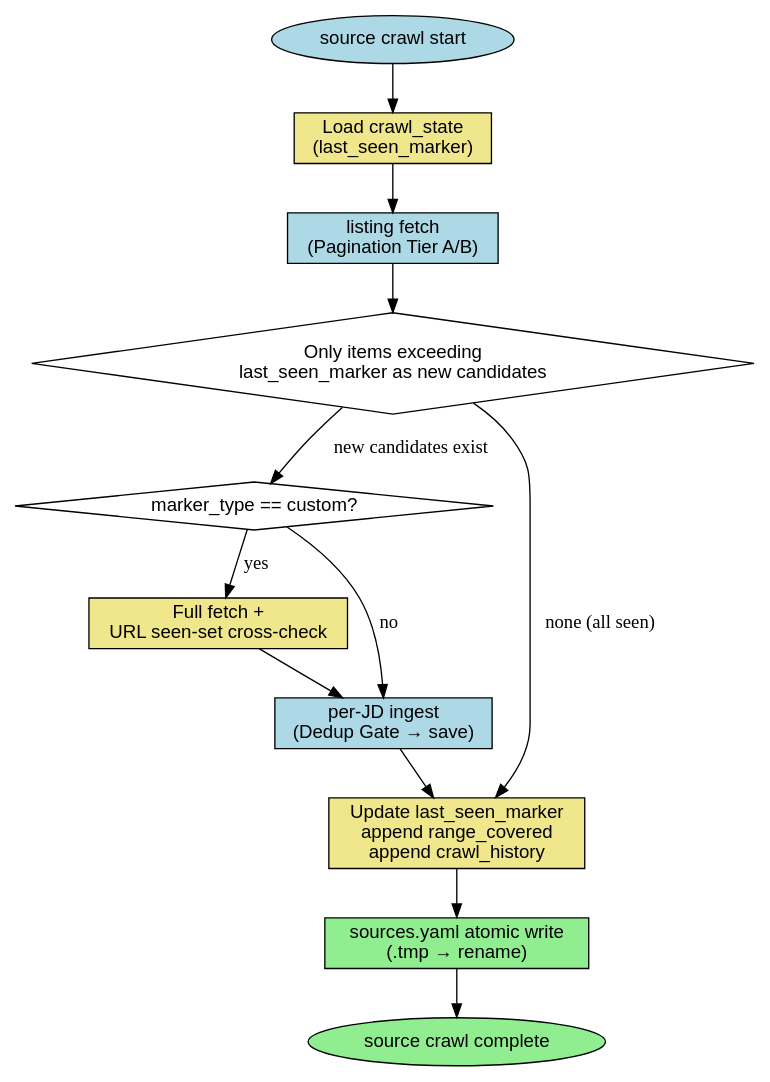
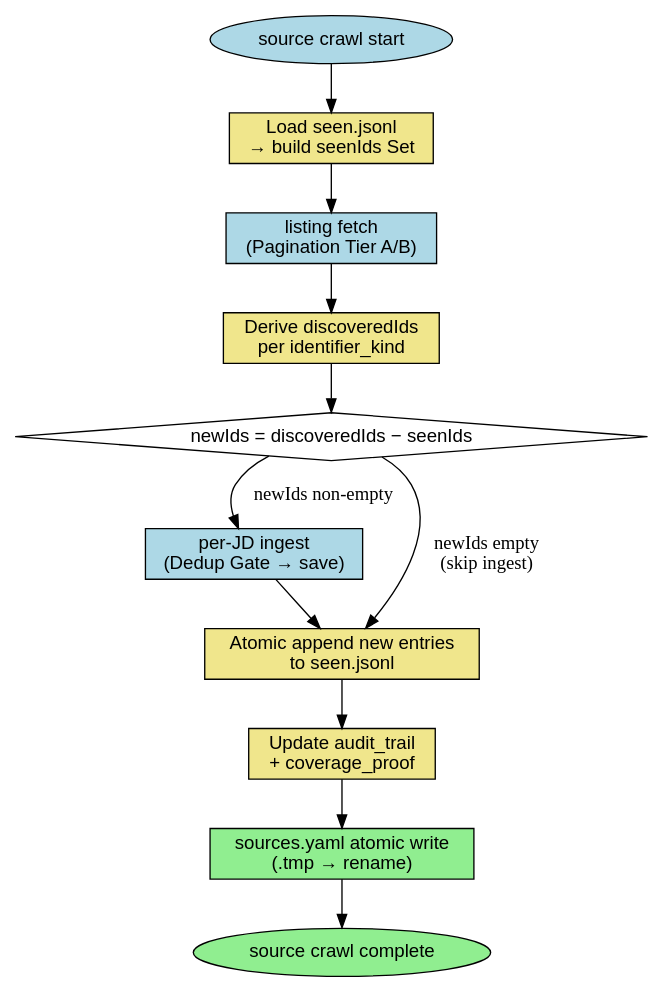
The seventh of 8 diagrams in skills/collect-jd/reference/rules.md (toongri/oh-my-toong-playground), drawn with Graphviz before and after one commit. The commit also changed other lines of this file and 4 other files, not shown here.

````diff
--- a/skills/collect-jd/reference/rules.md
+++ b/skills/collect-jd/reference/rules.md
@@ -633,26 +716,23 @@
 ```dot
-digraph hwm_ledger {
+digraph per_site_crawl_memory {
   rankdir=TB;
   node [shape=box, fontname="Helvetica"];
 
   start [label="source crawl start", shape=ellipse, style=filled, fillcolor=lightblue];
-  load_marker [label="Load crawl_state\n(last_seen_marker)", style=filled, fillcolor=khaki];
+  load_seen [label="Load seen.jsonl\n→ build seenIds Set", style=filled, fillcolor=khaki];
   fetch [label="listing fetch\n(Pagination Tier A/B)", style=filled, fillcolor=lightblue];
-  filter [label="Only items exceeding\nlast_seen_marker as new candidates", shape=diamond];
-  is_custom [label="marker_type == custom?", shape=diamond];
-  seen_set [label="Full fetch +\nURL seen-set cross-check", style=filled, fillcolor=khaki];
+  derive_ids [label="Derive discoveredIds\nper identifier_kind", style=filled, fillcolor=khaki];
+  set_diff [label="newIds = discoveredIds − seenIds", shape=diamond];
   per_jd [label="per-JD ingest\n(Dedup Gate → save)", style=filled, fillcolor=lightblue];
-  update_hwm [label="Update last_seen_marker\nappend range_covered\nappend crawl_history", style=filled, fillcolor=khaki];
+  append_seen [label="Atomic append new entries\nto seen.jsonl", style=filled, fillcolor=khaki];
+  update_audit [label="Update audit_trail\n+ coverage_proof", style=filled, fillcolor=khaki];
   atomic_write [label="sources.yaml atomic write\n(.tmp → rename)", style=filled, fillcolor=lightgreen];
   done [label="source crawl complete", shape=ellipse, style=filled, fillcolor=lightgreen];
 
-  start -> load_marker -> fetch -> filter;
-  filter -> is_custom [label="new candidates exist"];
-  filter -> update_hwm [label="none (all seen)"];
-  is_custom -> seen_set [label="yes"];
-  is_custom -> per_jd [label="no"];
-  seen_set -> per_jd;
-  per_jd -> update_hwm;
-  update_hwm -> atomic_write -> done;
+  start -> load_seen -> fetch -> derive_ids -> set_diff;
+  set_diff -> per_jd [label="newIds non-empty"];
+  set_diff -> append_seen [label="newIds empty\n(skip ingest)"];
+  per_jd -> append_seen;
+  append_seen -> update_audit -> atomic_write -> done;
 }
 ```
````
